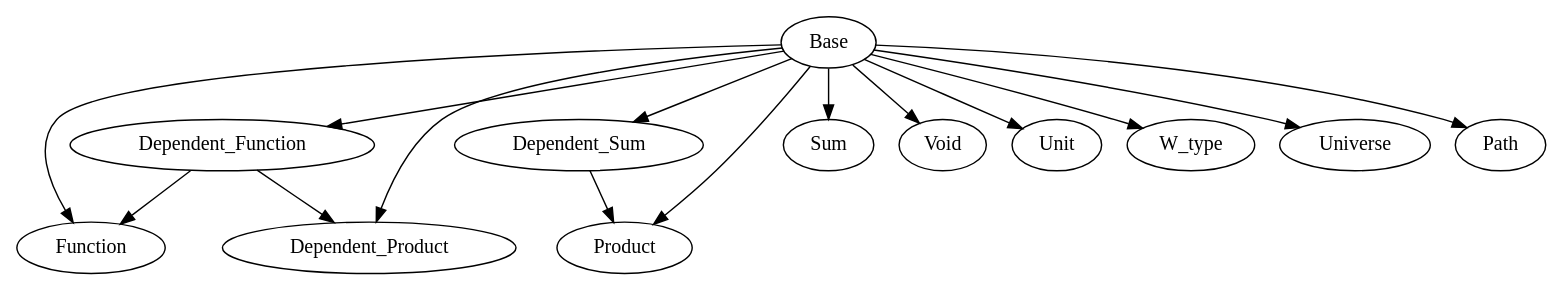
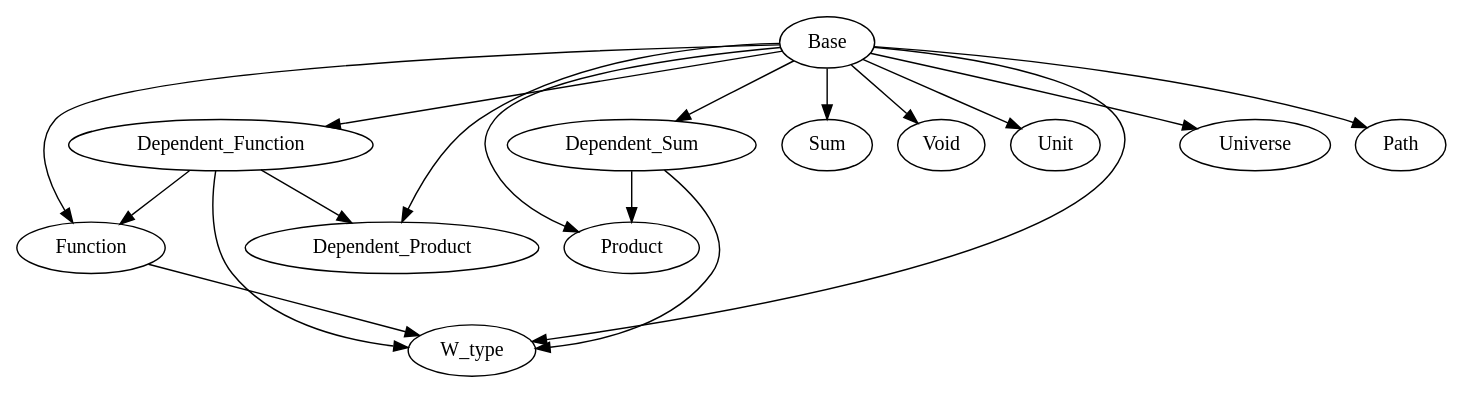
One commit to Hexirp/googology-in-coq changed the diagram in libraries/dependencies.gv. Above: the diagram before and after it, drawn with Graphviz.

Commit message:
Update: dependencies.gv を

```diff
--- a/libraries/dependencies.gv
+++ b/libraries/dependencies.gv
@@ -1,28 +1,31 @@
 digraph Dependencies {
   # Base
   # Dependent_Function
   "Base" -> "Dependent_Function";
   # Function
   "Base" -> "Function";
   "Dependent_Function" -> "Function";
   # Dependent_Product
   "Base" -> "Dependent_Product";
   "Dependent_Function" -> "Dependent_Product";
   # Dependent_Sum
   "Base" -> "Dependent_Sum";
   # Product
   "Base" -> "Product";
   "Dependent_Sum" -> "Product";
   # Sum
   "Base" -> "Sum";
   # Void
   "Base" -> "Void";
   # Unit
   "Base" -> "Unit";
   # W_type
   "Base" -> "W_type";
+  "Dependent_Function" -> "W_type";
+  "Function" -> "W_type";
+  "Dependent_Sum" -> "W_type";
   # Universe
   "Base" -> "Universe";
   # Path
   "Base" -> "Path";
 }
```
